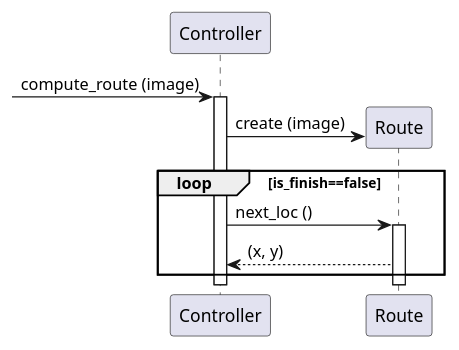
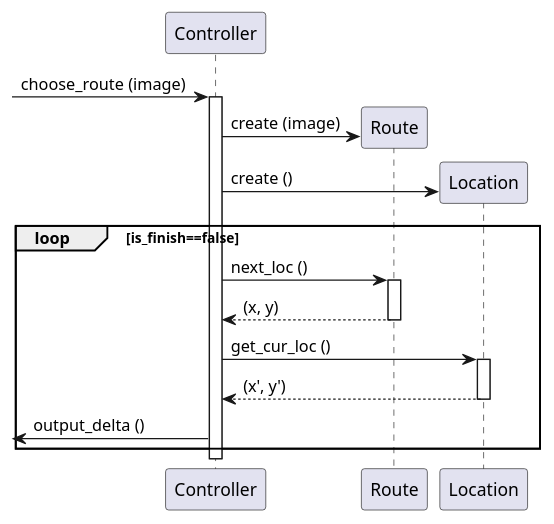
One commit to charloe2000/vesselPath changed the diagram in uml/uml.puml. Above: the diagram before and after it, drawn with PlantUML.

Commit message:
modify uml

```diff
--- a/uml/uml.puml
+++ b/uml/uml.puml
@@ -1,15 +1,27 @@
 @startuml
 
-[-> Controller: compute_route (image)
+[-> Controller: choose_route (image)
 activate Controller
 
 create Route
 Controller -> Route: create (image)
+create Location
+Controller -> Location: create ()
+
 loop is_finish==false
     Controller -> Route: next_loc ()
     activate Route
     Route --> Controller: (x, y)
+    deactivate Route
+
+    Controller -> Location: get_cur_loc ()
+    activate Location
+    Location --> Controller: (x', y')
+    deactivate Location
+
+    Controller ->[: output_delta ()
 end
 
 
+
 @enduml
```
